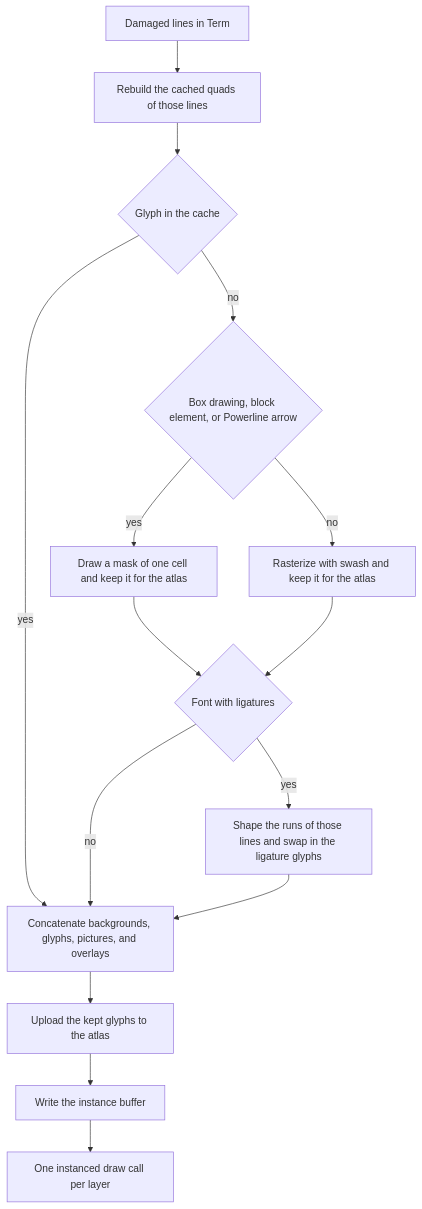
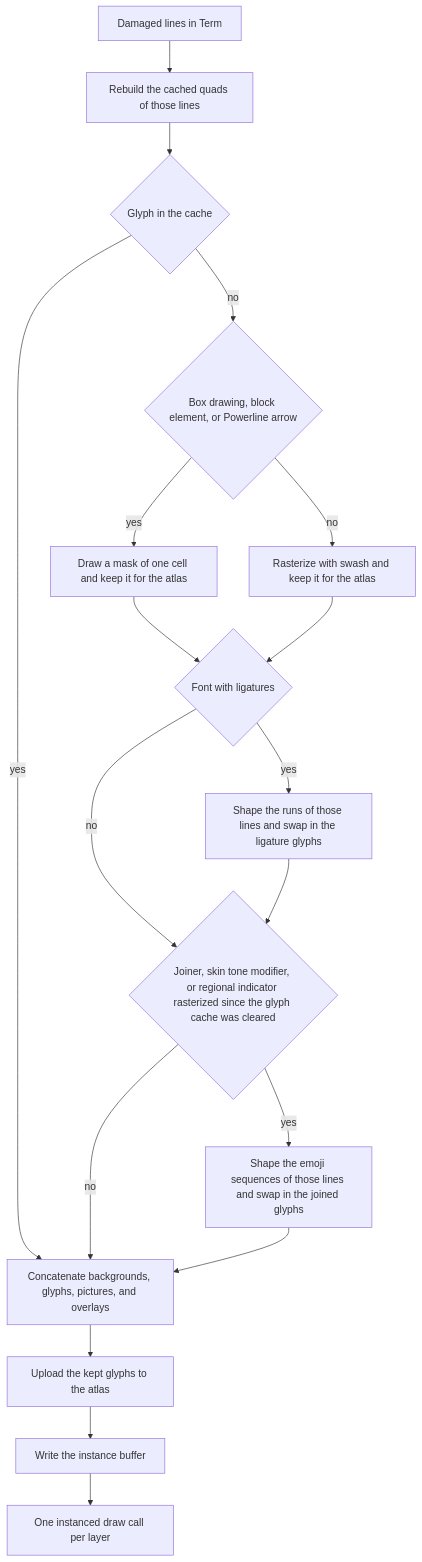
Diagram 13 of 13 in docs/architecture.md (riya-amemiya/Dartel), drawn with Mermaid before and after one commit. The commit also changed other lines of this file and 8 other files, not shown here.

First line of the commit message:
feat: draw joined emoji sequences as one glyph (#36)

````diff
--- a/docs/architecture.md
+++ b/docs/architecture.md
@@ -727,17 +729,20 @@
 ```mermaid
 flowchart TD
     damage["Damaged lines in Term"] --> rebuild["Rebuild the cached quads of those lines"]
     rebuild --> cached{"Glyph in the cache"}
     cached -- yes --> frame["Concatenate backgrounds, glyphs, pictures, and overlays"]
     cached -- no --> drawn{"Box drawing, block element, or Powerline arrow"}
     drawn -- yes --> mask["Draw a mask of one cell and keep it for the atlas"]
     drawn -- no --> raster["Rasterize with swash and keep it for the atlas"]
     mask --> ligatures{"Font with ligatures"}
     raster --> ligatures
     ligatures -- yes --> shape["Shape the runs of those lines and swap in the ligature glyphs"]
-    ligatures -- no --> frame
-    shape --> frame
+    ligatures -- no --> sequences{"Joiner, skin tone modifier, or regional indicator rasterized since the glyph cache was cleared"}
+    shape --> sequences
+    sequences -- yes --> unite["Shape the emoji sequences of those lines and swap in the joined glyphs"]
+    sequences -- no --> frame
+    unite --> frame
     frame --> upload["Upload the kept glyphs to the atlas"]
     upload --> buffer["Write the instance buffer"]
     buffer --> draw["One instanced draw call per layer"]
 ```
````
